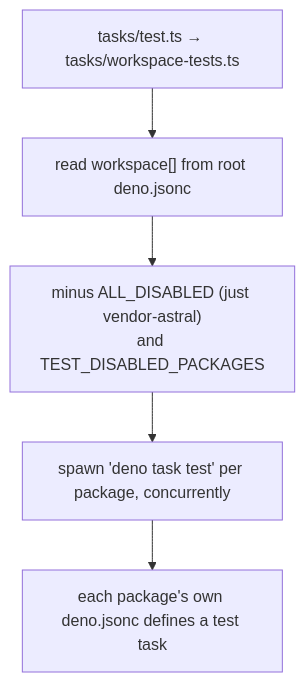
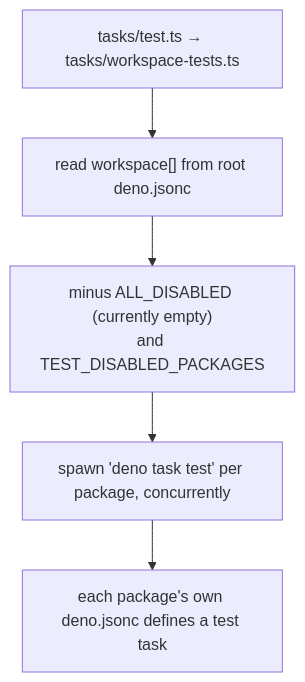
The third of 5 diagrams in docs/development/orientation/tooling-and-patterns.md (Hixie/commontoolsinc.labs), drawn with Mermaid before and after one commit. The commit also changed other lines of this file and 8 other files, not shown here.

````diff
--- a/docs/development/orientation/tooling-and-patterns.md
+++ b/docs/development/orientation/tooling-and-patterns.md
@@ -73,10 +69,10 @@
 ```mermaid
 flowchart TB
     runner_["tasks/test.ts → tasks/workspace-tests.ts"]
     list["read workspace[] from root deno.jsonc"]
-    skip["minus ALL_DISABLED (just vendor-astral)<br/>and TEST_DISABLED_PACKAGES"]
+    skip["minus ALL_DISABLED (currently empty)<br/>and TEST_DISABLED_PACKAGES"]
     fan["spawn 'deno task test' per package, concurrently"]
     each["each package's own deno.jsonc defines a test task"]
 
     runner_ --> list --> skip --> fan --> each
 ```
````
